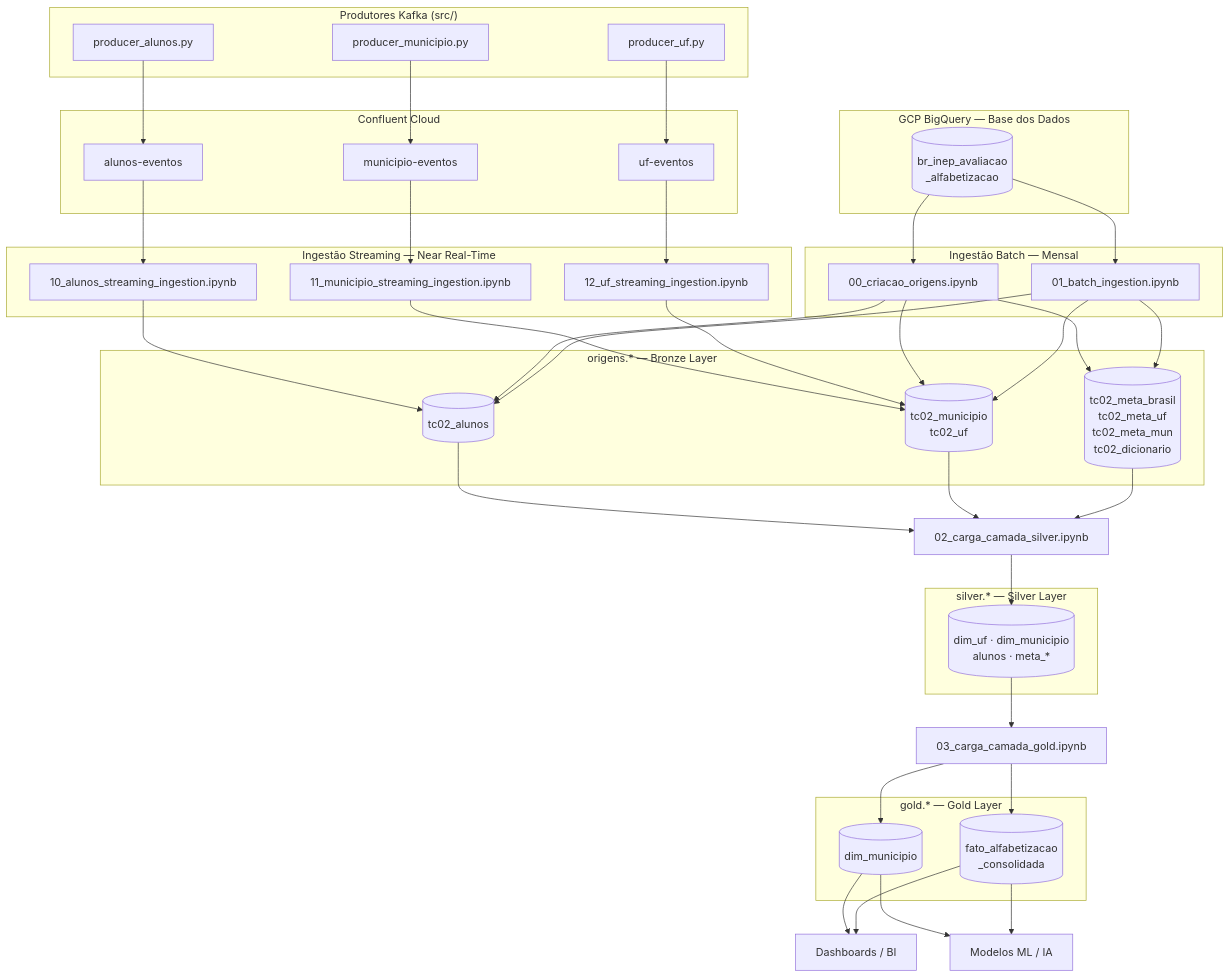
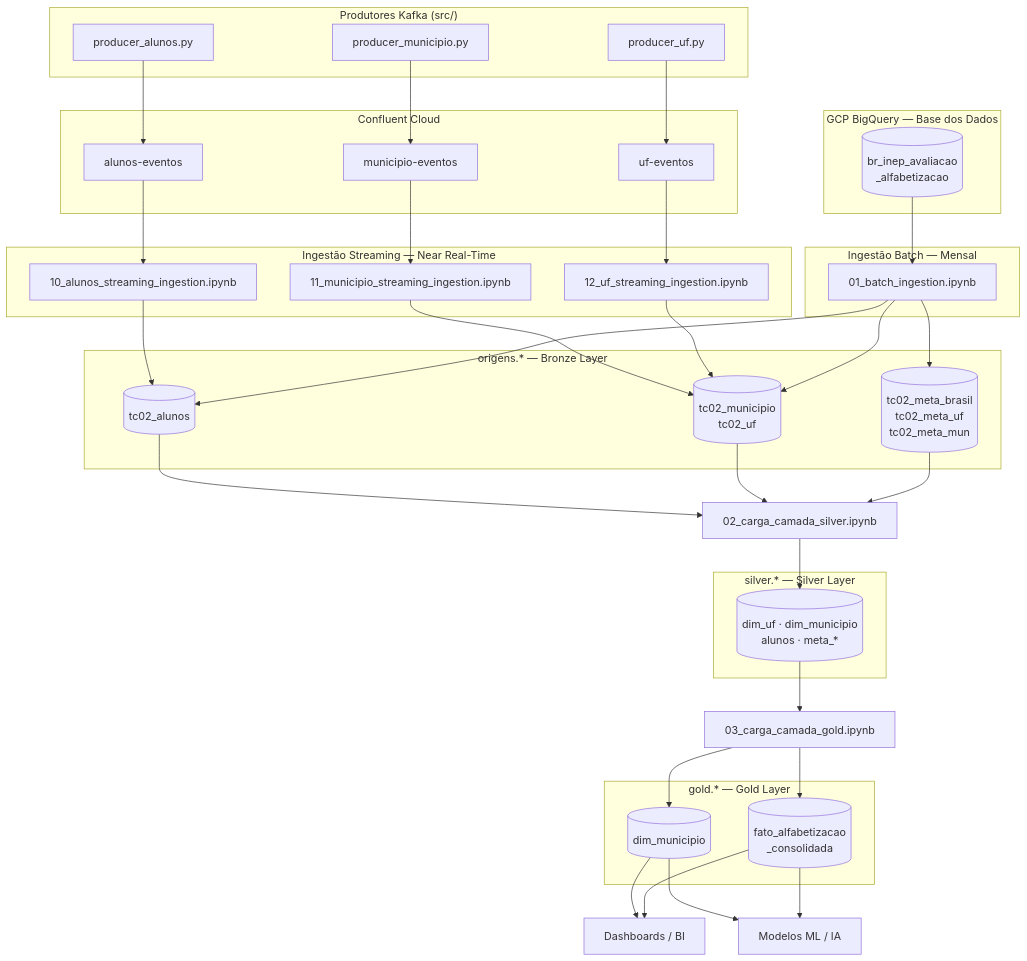
The diagram in tech-challenge-02/README.md (ViniciusTMiura/1IAST_fase_01), drawn with Mermaid before and after one commit. The commit also changed other lines of this file, not shown here.

````diff
--- a/tech-challenge-02/README.md
+++ b/tech-challenge-02/README.md
@@ -80,55 +80,54 @@
 ```mermaid
 flowchart TD
     subgraph src["Produtores Kafka (src/)"]
         PA[producer_alunos.py]
         PM[producer_municipio.py]
         PU[producer_uf.py]
     end
 
     subgraph kafka["Confluent Cloud"]
         T1[alunos-eventos]
         T2[municipio-eventos]
         T3[uf-eventos]
     end
 
     subgraph bq["GCP BigQuery — Base dos Dados"]
         BQ[(br_inep_avaliacao\n_alfabetizacao)]
     end
 
     subgraph batch["Ingestão Batch — Mensal"]
-        NB00[00_criacao_origens.ipynb]
         NB01[01_batch_ingestion.ipynb]
     end
 
     subgraph stream["Ingestão Streaming — Near Real-Time"]
         NS10[10_alunos_streaming_ingestion.ipynb]
         NS11[11_municipio_streaming_ingestion.ipynb]
         NS12[12_uf_streaming_ingestion.ipynb]
     end
 
     subgraph bronze["origens.* — Bronze Layer"]
         OR1[(tc02_alunos)]
         OR2[(tc02_municipio\ntc02_uf)]
-        OR3[(tc02_meta_brasil\ntc02_meta_uf\ntc02_meta_mun\ntc02_dicionario)]
+        OR3[(tc02_meta_brasil\ntc02_meta_uf\ntc02_meta_mun)]
     end
 
     subgraph silver["silver.* — Silver Layer"]
         SIL[(dim_uf · dim_municipio\nalunos · meta_*)]
     end
 
     subgraph gold["gold.* — Gold Layer"]
         GD1[(dim_municipio)]
         GD2[(fato_alfabetizacao\n_consolidada)]
     end
 
     PA --> T1 --> NS10 --> OR1
     PM --> T2 --> NS11 --> OR2
     PU --> T3 --> NS12 --> OR2
-    BQ --> NB00 & NB01 --> OR1 & OR2 & OR3
+    BQ --> NB01 --> OR1 & OR2 & OR3
 
     OR1 & OR2 & OR3 --> NB02[02_carga_camada_silver.ipynb] --> SIL
     SIL --> NB03[03_carga_camada_gold.ipynb] --> GD1 & GD2
 
     GD1 & GD2 --> BI[Dashboards / BI]
     GD1 & GD2 --> ML[Modelos ML / IA]
 ```
````
